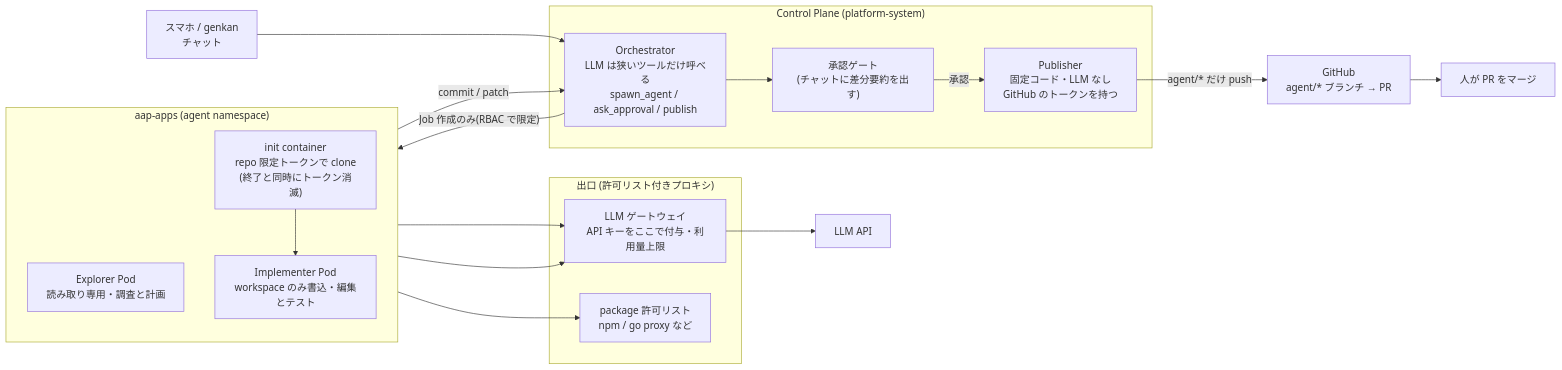
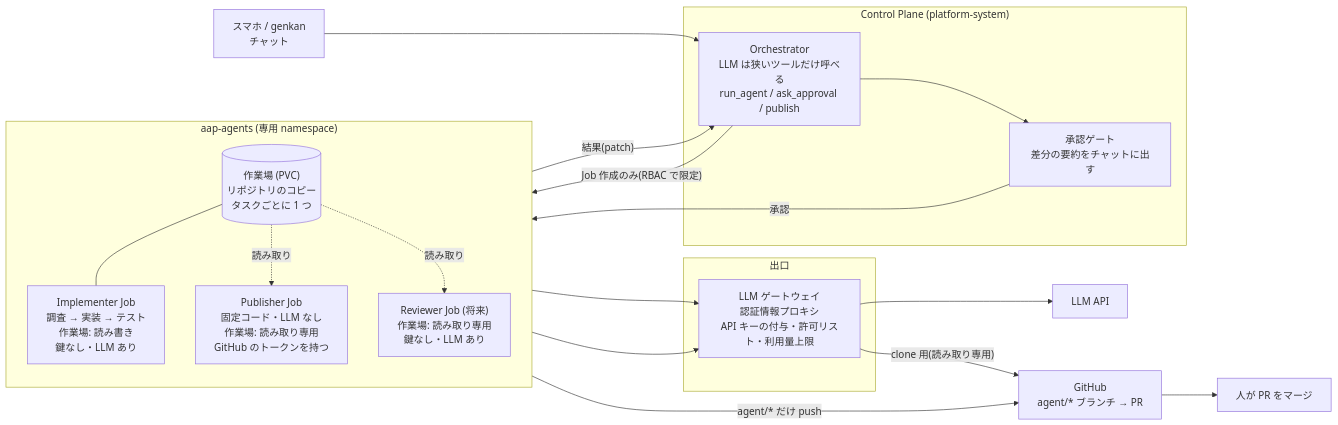
Before and after one commit to k-kanke/ai-app-platform: the first of 4 diagrams in docs/multi-agent-permissions.md, drawn with Mermaid. The commit also changed other lines of this file, not shown here.

Commit message:
docs: rework the multi-agent design around one shared workspace and privilege-split role pods

````diff
--- a/docs/multi-agent-permissions.md
+++ b/docs/multi-agent-permissions.md
@@ -28,39 +27,40 @@
 ```mermaid
 flowchart LR
     user["スマホ / genkan<br/>チャット"]
 
     subgraph ctrl["Control Plane (platform-system)"]
-        orch["Orchestrator<br/>LLM は狭いツールだけ呼べる<br/>spawn_agent / ask_approval / publish"]
-        approval["承認ゲート<br/>(チャットに差分要約を出す)"]
-        pub["Publisher<br/>固定コード・LLM なし<br/>GitHub のトークンを持つ"]
+        orch["Orchestrator<br/>LLM は狭いツールだけ呼べる<br/>run_agent / ask_approval / publish"]
+        approval["承認ゲート<br/>差分の要約をチャットに出す"]
     end
 
-    subgraph ws["aap-apps (agent namespace)"]
+    subgraph ns["aap-agents (専用 namespace)"]
         direction TB
-        explorer["Explorer Pod<br/>読み取り専用・調査と計画"]
-        impl["Implementer Pod<br/>workspace のみ書込・編集とテスト"]
-        init["init container<br/>repo 限定トークンで clone<br/>(終了と同時にトークン消滅)"]
+        vol[("作業場 (PVC)<br/>リポジトリのコピー<br/>タスクごとに 1 つ")]
+        impl["Implementer Job<br/>調査 → 実装 → テスト<br/>作業場: 読み書き<br/>鍵なし・LLM あり"]
+        pub["Publisher Job<br/>固定コード・LLM なし<br/>作業場: 読み取り専用<br/>GitHub のトークンを持つ"]
+        rev["Reviewer Job (将来)<br/>作業場: 読み取り専用<br/>鍵なし・LLM あり"]
     end
 
-    subgraph egress["出口 (許可リスト付きプロキシ)"]
-        llmgw["LLM ゲートウェイ<br/>API キーをここで付与・利用量上限"]
-        pkg["package 許可リスト<br/>npm / go proxy など"]
+    subgraph egress["出口"]
+        gw["LLM ゲートウェイ<br/>認証情報プロキシ<br/>API キーの付与・許可リスト・利用量上限"]
     end
 
     gh["GitHub<br/>agent/* ブランチ → PR"]
     llm["LLM API"]
     human["人が PR をマージ"]
 
     user --> orch
-    orch -->|"Job 作成のみ(RBAC で限定)"| ws
-    init --> impl
-    explorer --> llmgw
-    impl --> llmgw
-    impl --> pkg
-    llmgw --> llm
-    impl -->|"commit / patch"| orch
+    orch -->|"Job 作成のみ(RBAC で限定)"| ns
+    vol --- impl
+    vol -.->|"読み取り"| pub
+    vol -.->|"読み取り"| rev
+    impl --> gw
+    rev --> gw
+    gw --> llm
+    gw -->|"clone 用(読み取り専用)"| gh
+    impl -->|"結果(patch)"| orch
     orch --> approval
     approval -->|"承認"| pub
     pub -->|"agent/* だけ push"| gh
     gh --> human
 ```
````
